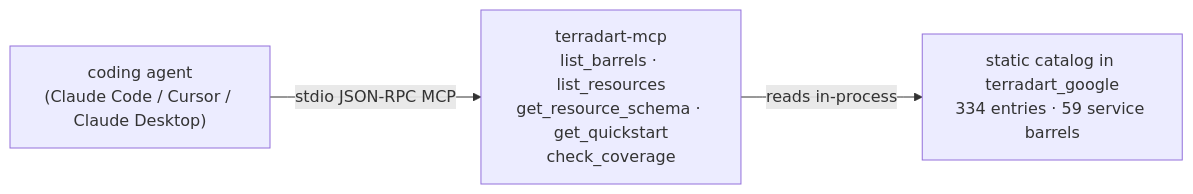
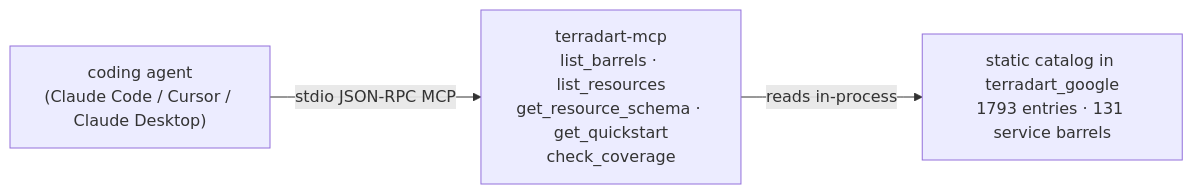
The diagram in website/src/content/docs/docs/agent/index.md (nozomi-koborinai/terradart), drawn with Mermaid before and after one commit. The commit also changed 11 other files, not shown here.

First line of the commit message:
docs: say the GA google catalog is filled (#589)

````diff
--- a/website/src/content/docs/docs/agent/index.md
+++ b/website/src/content/docs/docs/agent/index.md
@@ -12,8 +12,8 @@
 ```mermaid
 graph LR
   agent["coding agent<br/>(Claude Code / Cursor / Claude Desktop)"]
   mcp["terradart-mcp<br/>list_barrels · list_resources<br/>get_resource_schema · get_quickstart<br/>check_coverage"]
-  catalog["static catalog in terradart_google<br/>334 entries · 59 service barrels"]
+  catalog["static catalog in terradart_google<br/>1793 entries · 131 service barrels"]
   agent -->|stdio JSON-RPC MCP| mcp
   mcp -->|reads in-process| catalog
 ```
````
